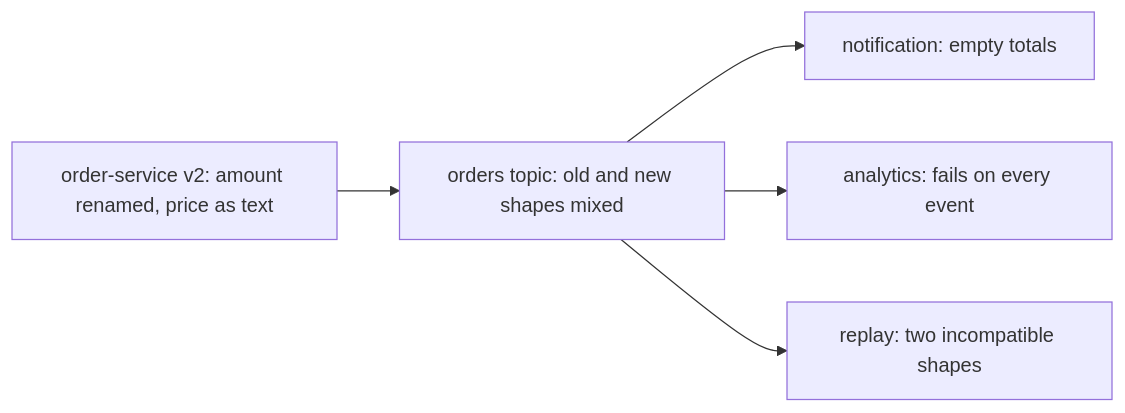
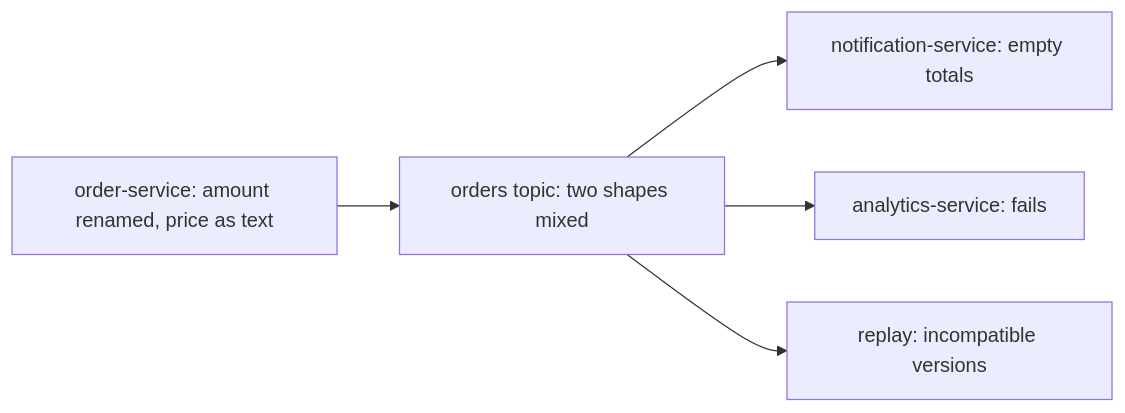
The first of 2 diagrams in notes/02-messaging/02-kafka/10-schemas-evolution.md (jubin-techwiz/learning), drawn with Mermaid before and after one commit. The commit also changed other lines of this file and 37 other files, not shown here.

````diff
--- a/notes/02-messaging/02-kafka/10-schemas-evolution.md
+++ b/notes/02-messaging/02-kafka/10-schemas-evolution.md
@@ -26,7 +53,7 @@
 ```mermaid
 flowchart LR
-    O[order-service v2: amount renamed, price as text] --> T[orders topic: old and new shapes mixed]
-    T --> N[notification: empty totals]
-    T --> A[analytics: fails on every event]
-    T --> R[replay: two incompatible shapes]
+    O[order-service: amount renamed, price as text] --> T[orders topic: two shapes mixed]
+    T --> N[notification-service: empty totals]
+    T --> A[analytics-service: fails]
+    T --> R[replay: incompatible versions]
 ```
````
